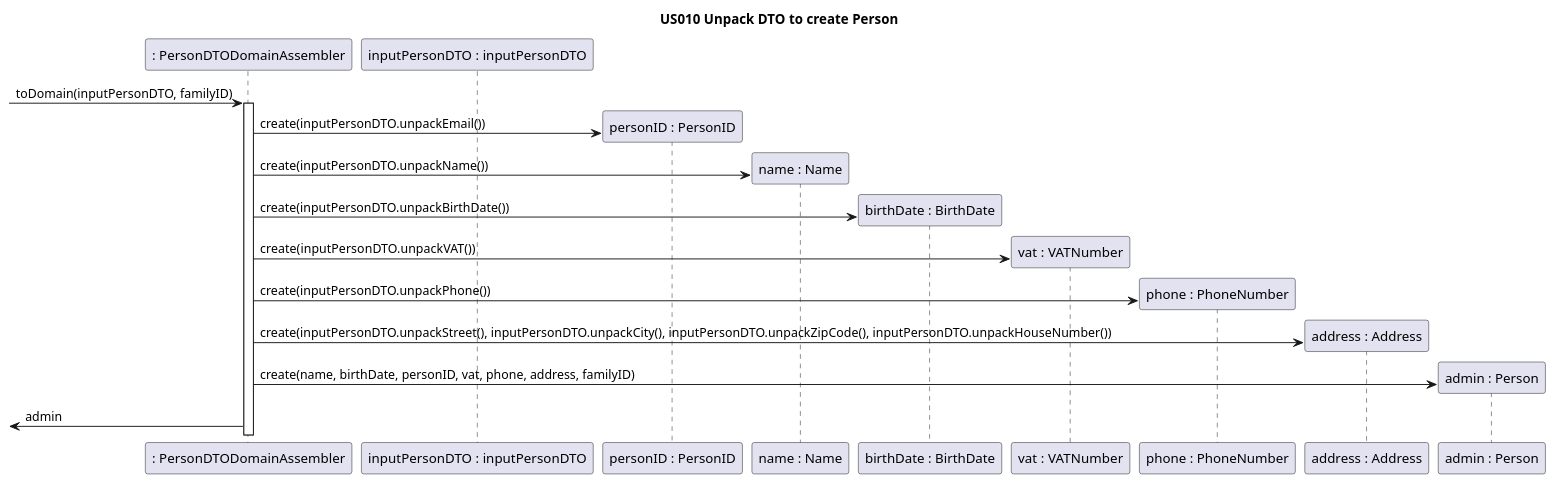
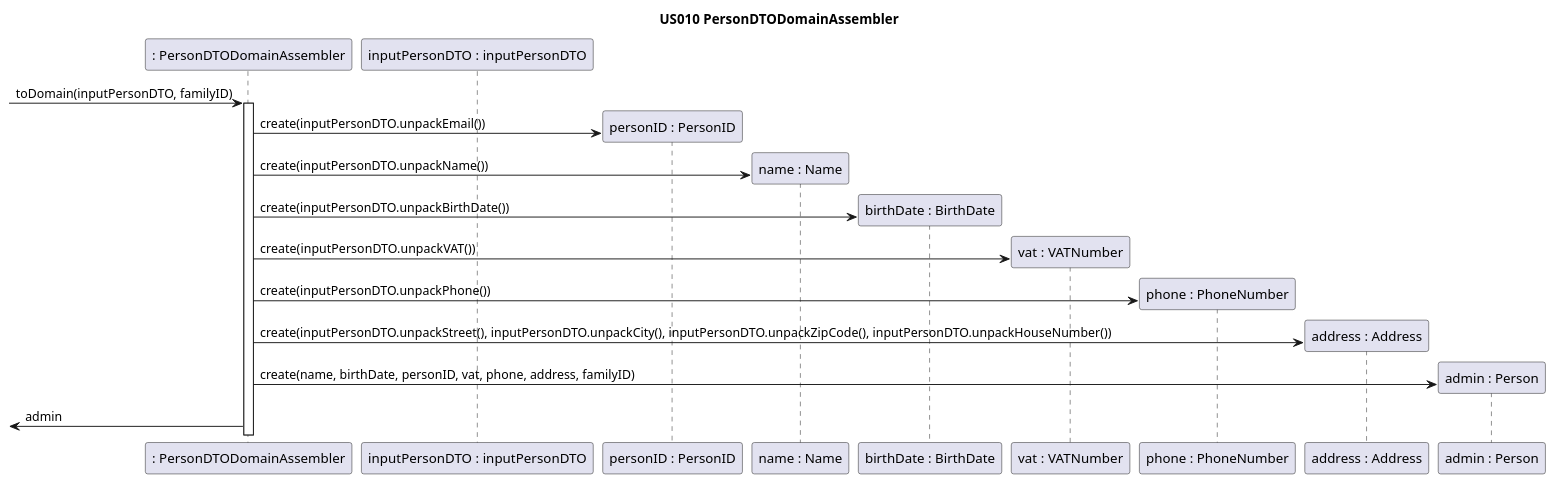
The fifth of 8 diagrams in docs/sprint4/user_stories/US010_CreateAFamilyAndSetAdministrator.md (tomas-osswald/switch_2020_g3), drawn with PlantUML before and after one commit. The commit also changed other lines of this file, not shown here.

Commit message:
fix naming diagrams

`````diff
--- a/docs/sprint4/user_stories/US010_CreateAFamilyAndSetAdministrator.md
+++ b/docs/sprint4/user_stories/US010_CreateAFamilyAndSetAdministrator.md
@@ -201,27 +201,27 @@
 ````puml
 @startuml
-title US010 Unpack DTO to create Person
+title US010 PersonDTODomainAssembler
 
 participant ": PersonDTODomainAssembler" as dtoToDomainAssembler
 participant "inputPersonDTO : inputPersonDTO" as inputPersonDTO
 participant "personID : PersonID" as personID
 participant "name : Name" as name
 participant "birthDate : BirthDate" as birthDate
 participant "vat : VATNumber" as vat
 participant "phone : PhoneNumber" as phoneNumber
 participant "address : Address" as address
 participant "admin : Person" as admin
 
 -> dtoToDomainAssembler : toDomain(inputPersonDTO, familyID)
 activate dtoToDomainAssembler
 dtoToDomainAssembler -> personID** : create(inputPersonDTO.unpackEmail())
 dtoToDomainAssembler -> name** : create(inputPersonDTO.unpackName())
 dtoToDomainAssembler -> birthDate** : create(inputPersonDTO.unpackBirthDate())
 dtoToDomainAssembler -> vat** : create(inputPersonDTO.unpackVAT())
 dtoToDomainAssembler -> phoneNumber** : create(inputPersonDTO.unpackPhone())
 dtoToDomainAssembler -> address** : create(inputPersonDTO.unpackStreet(), inputPersonDTO.unpackCity(), inputPersonDTO.unpackZipCode(), inputPersonDTO.unpackHouseNumber())
 dtoToDomainAssembler -> admin** : create(name, birthDate, personID, vat, phone, address, familyID)
 <- dtoToDomainAssembler : admin
 
 @enduml
 ````
`````
